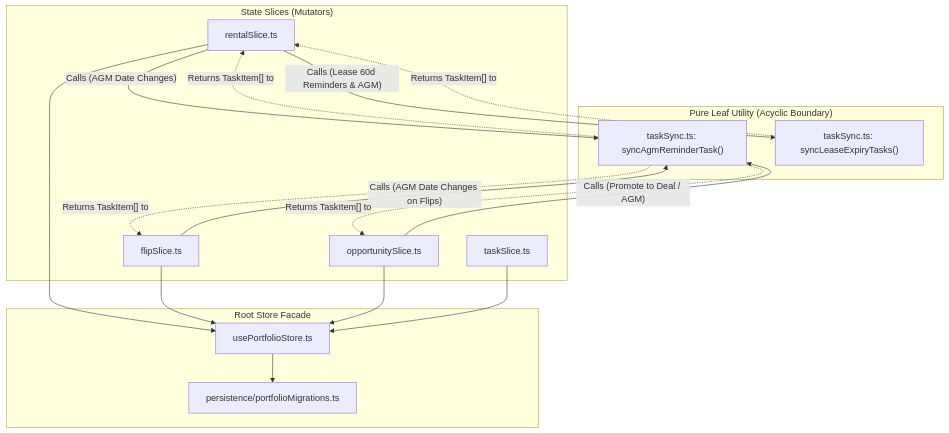
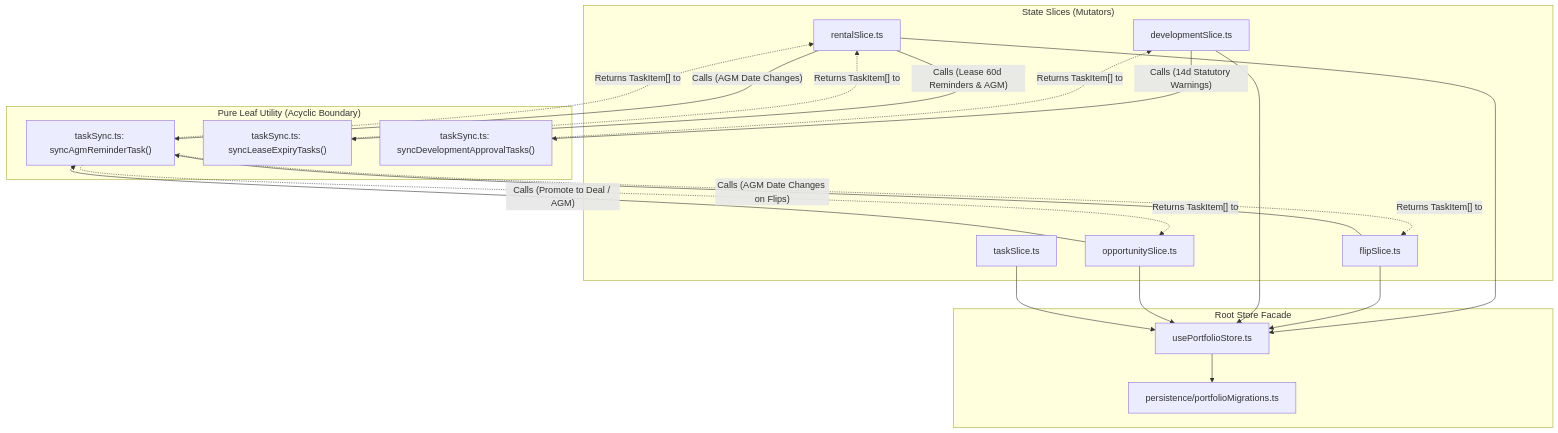
One commit to morokakk/sa-property-hub changed the second of 8 diagrams in ARCHITECTURE.md. Above: the diagram before and after it, drawn with Mermaid. The commit also changed other lines of this file and 60 other files, not shown here.

````diff
--- a/ARCHITECTURE.md
+++ b/ARCHITECTURE.md
@@ -160,35 +170,40 @@
 ```mermaid
 flowchart TD
   subgraph DomainSlices["State Slices (Mutators)"]
     RS["rentalSlice.ts"]
     FS["flipSlice.ts"]
+    DS["developmentSlice.ts"]
     OS["opportunitySlice.ts"]
     TS["taskSlice.ts"]
   end
 
   subgraph LeafSync["Pure Leaf Utility (Acyclic Boundary)"]
     SYNC_AGM["taskSync.ts: syncAgmReminderTask()"]
     SYNC_LEASE["taskSync.ts: syncLeaseExpiryTasks()"]
+    SYNC_DEV["taskSync.ts: syncDevelopmentApprovalTasks()"]
   end
 
   subgraph RootFacade["Root Store Facade"]
     STORE["usePortfolioStore.ts"]
     PERSIST["persistence/portfolioMigrations.ts"]
   end
 
   RS -->|"Calls (Lease 60d Reminders & AGM)"| SYNC_LEASE
   RS -->|"Calls (AGM Date Changes)"| SYNC_AGM
   FS -->|"Calls (AGM Date Changes on Flips)"| SYNC_AGM
+  DS -->|"Calls (14d Statutory Warnings)"| SYNC_DEV
   OS -->|"Calls (Promote to Deal / AGM)"| SYNC_AGM
 
   SYNC_LEASE -.->|"Returns TaskItem[] to"| RS
   SYNC_AGM -.->|"Returns TaskItem[] to"| RS
   SYNC_AGM -.->|"Returns TaskItem[] to"| FS
+  SYNC_DEV -.->|"Returns TaskItem[] to"| DS
   SYNC_AGM -.->|"Returns TaskItem[] to"| OS
 
   RS --> STORE
   FS --> STORE
+  DS --> STORE
   OS --> STORE
   TS --> STORE
   STORE --> PERSIST
 ```
````
